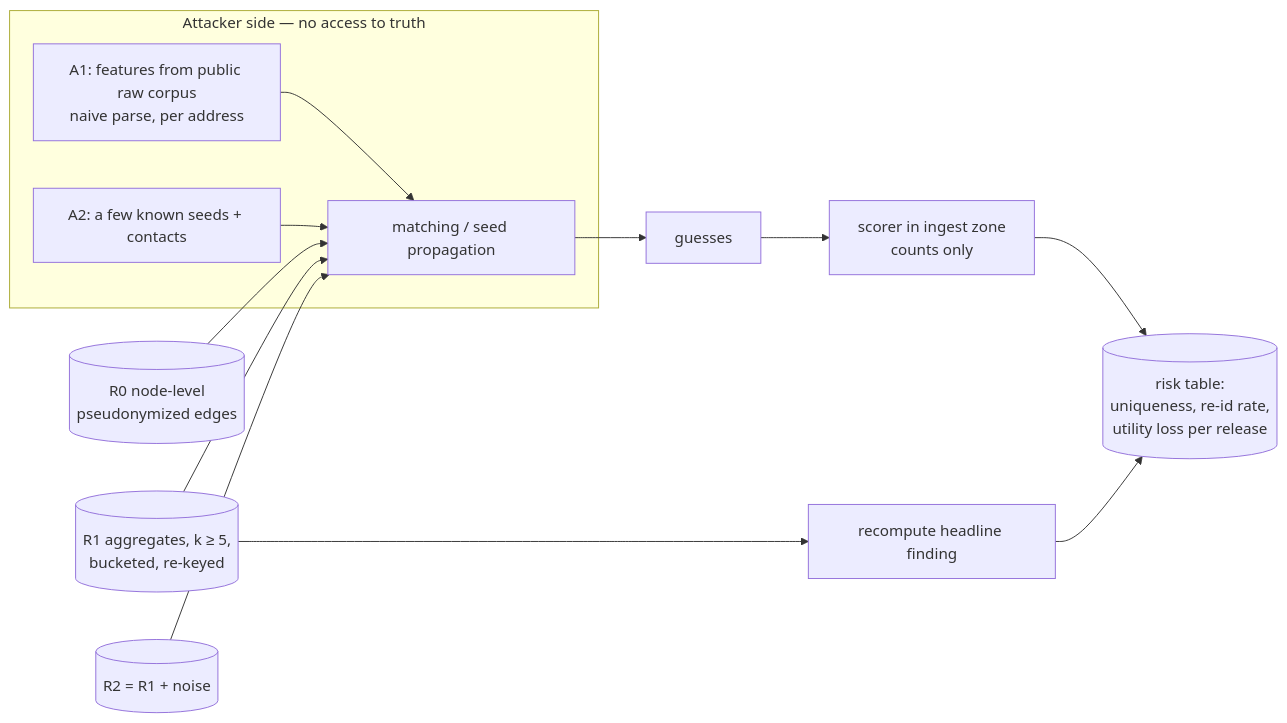
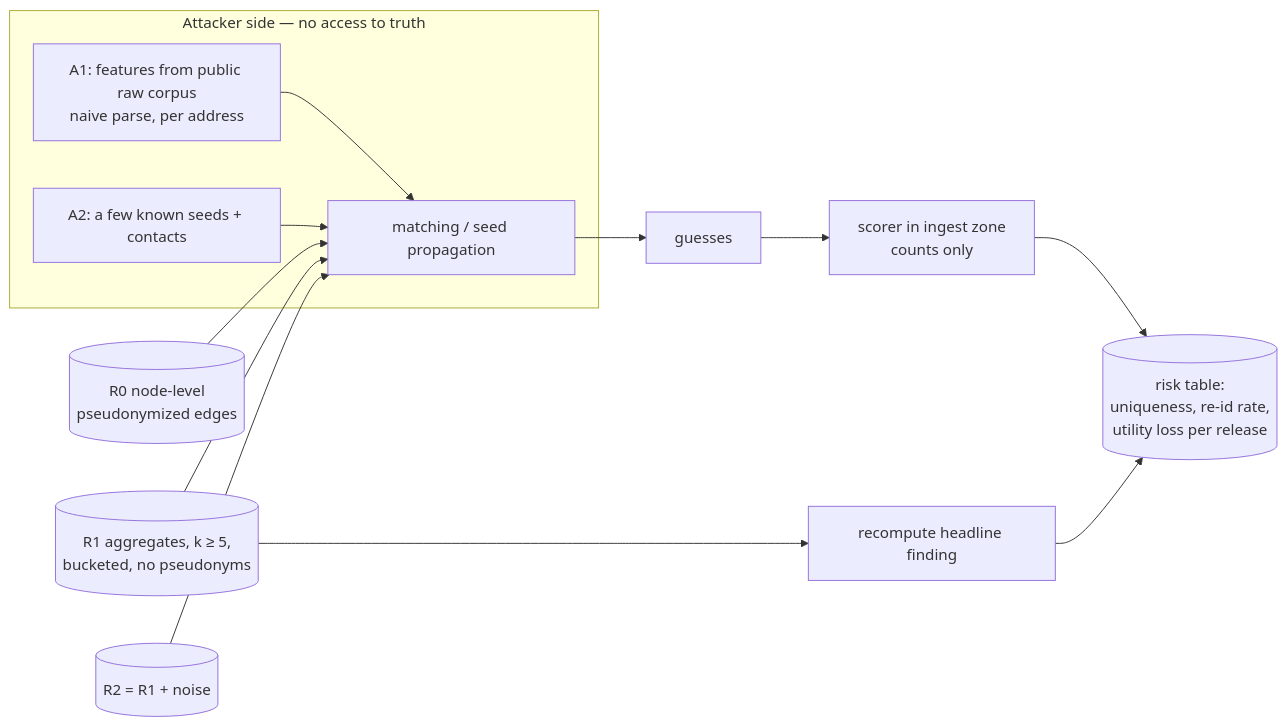
One commit to marcusvieira88/network-science changed the fifth of 6 diagrams in docs/architecture.md. Above: the diagram before and after it, drawn with Mermaid. The commit also changed 2 other files, not shown here.

Commit message:
Review-2 #13: report no longer claims re-keyed pseudonyms or calibrated noise
R1 contains no pseudonyms; R2 noise has a fixed, uncalibrated scale. The
k statement stays: after #1 and #11 every published table meets it.

````diff
--- a/docs/architecture.md
+++ b/docs/architecture.md
@@ -117,17 +117,17 @@
 ```mermaid
 flowchart LR
     subgraph Attacker["Attacker side — no access to truth"]
         AUX1[A1: features from public raw corpus<br/>naive parse, per address]
         AUX2[A2: a few known seeds + contacts]
         ATT[matching / seed propagation]
     end
     R0[(R0 node-level<br/>pseudonymized edges)] --> ATT
-    R1[(R1 aggregates, k ≥ 5,<br/>bucketed, re-keyed)] --> ATT
+    R1[(R1 aggregates, k ≥ 5,<br/>bucketed, no pseudonyms)] --> ATT
     R2[(R2 = R1 + noise)] --> ATT
     AUX1 --> ATT
     AUX2 --> ATT
     ATT --> GZ[guesses]
     GZ --> SC[scorer in ingest zone<br/>counts only]
     SC --> RT[(risk table:<br/>uniqueness, re-id rate,<br/>utility loss per release)]
     R1 --> UT[recompute headline finding] --> RT
 ```
````
